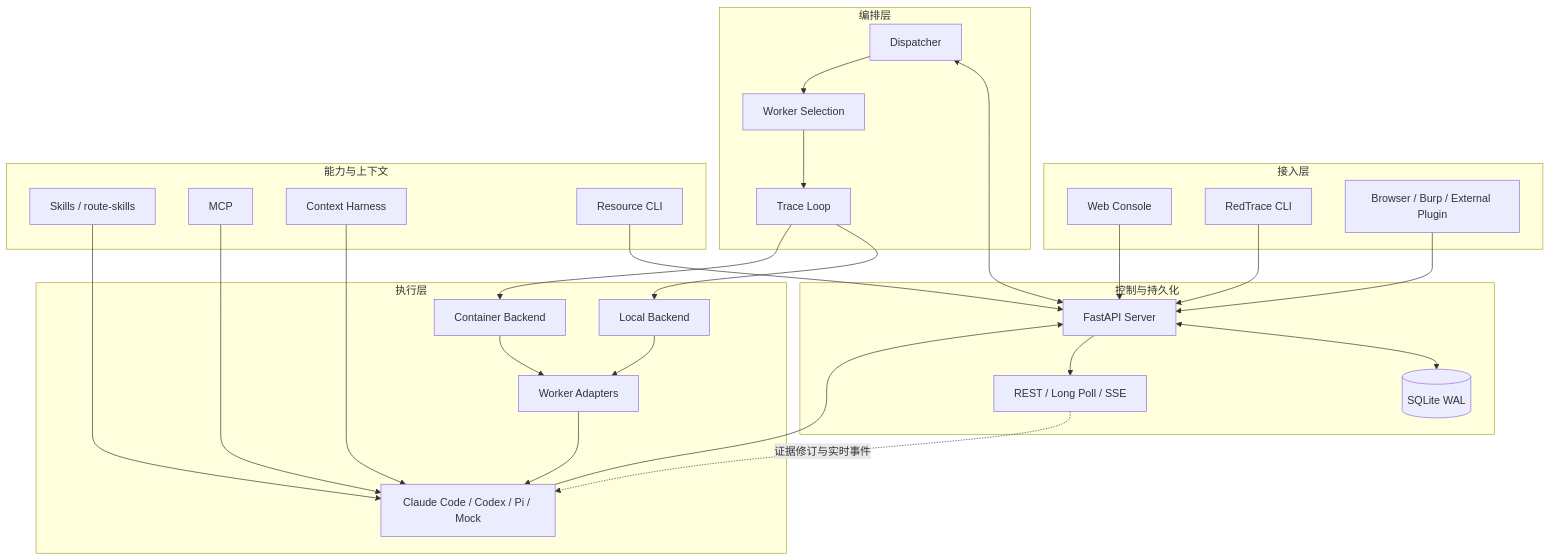
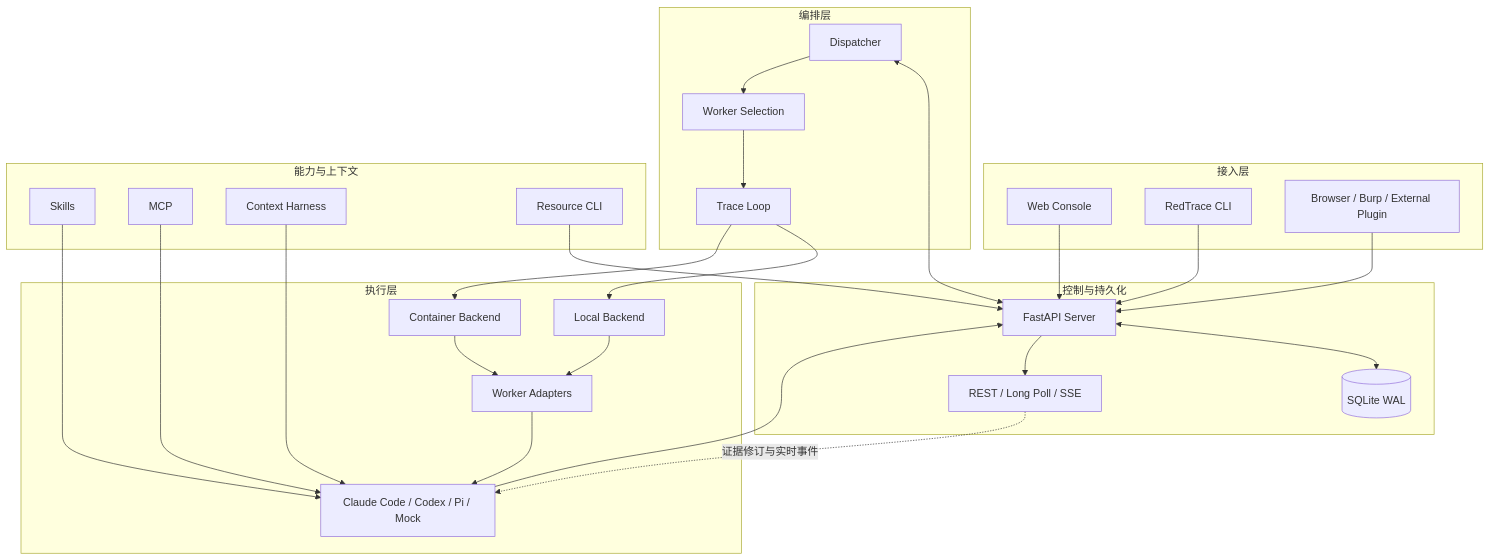
One commit to 0X6C7879/RedTrace changed the first of 2 diagrams in docs/specs/dispatcher-design.md. Above: the diagram before and after it, drawn with Mermaid. The commit also changed other lines of this file and 25 other files, not shown here.

````diff
--- a/docs/specs/dispatcher-design.md
+++ b/docs/specs/dispatcher-design.md
@@ -44,54 +44,54 @@
 ```mermaid
 flowchart TB
     subgraph Entry[接入层]
         UI[Web Console]
         CLI[RedTrace CLI]
         EXT[Browser / Burp / External Plugin]
     end
 
     subgraph Control[控制与持久化]
         API[FastAPI Server]
         DB[(SQLite WAL)]
         EV[REST / Long Poll / SSE]
     end
 
     subgraph Orchestration[编排层]
         DIS[Dispatcher]
         SEL[Worker Selection]
         TL[Trace Loop]
     end
 
     subgraph Execution[执行层]
         LOCAL[Local Backend]
         CONT[Container Backend]
         ADP[Worker Adapters]
         AGENT[Claude Code / Codex / Pi / Mock]
     end
 
     subgraph Capability[能力与上下文]
-        SK[Skills / route-skills]
+        SK[Skills]
         MCP[MCP]
         CH[Context Harness]
         RES[Resource CLI]
     end
 
     UI --> API
     CLI --> API
     EXT --> API
     API <--> DB
     API --> EV
     DIS <--> API
     DIS --> SEL
     SEL --> TL
     TL --> LOCAL
     TL --> CONT
     LOCAL --> ADP
     CONT --> ADP
     ADP --> AGENT
     SK --> AGENT
     MCP --> AGENT
     CH --> AGENT
     RES --> API
     AGENT --> API
     EV -. 证据修订与实时事件 .-> AGENT
 ```
````
